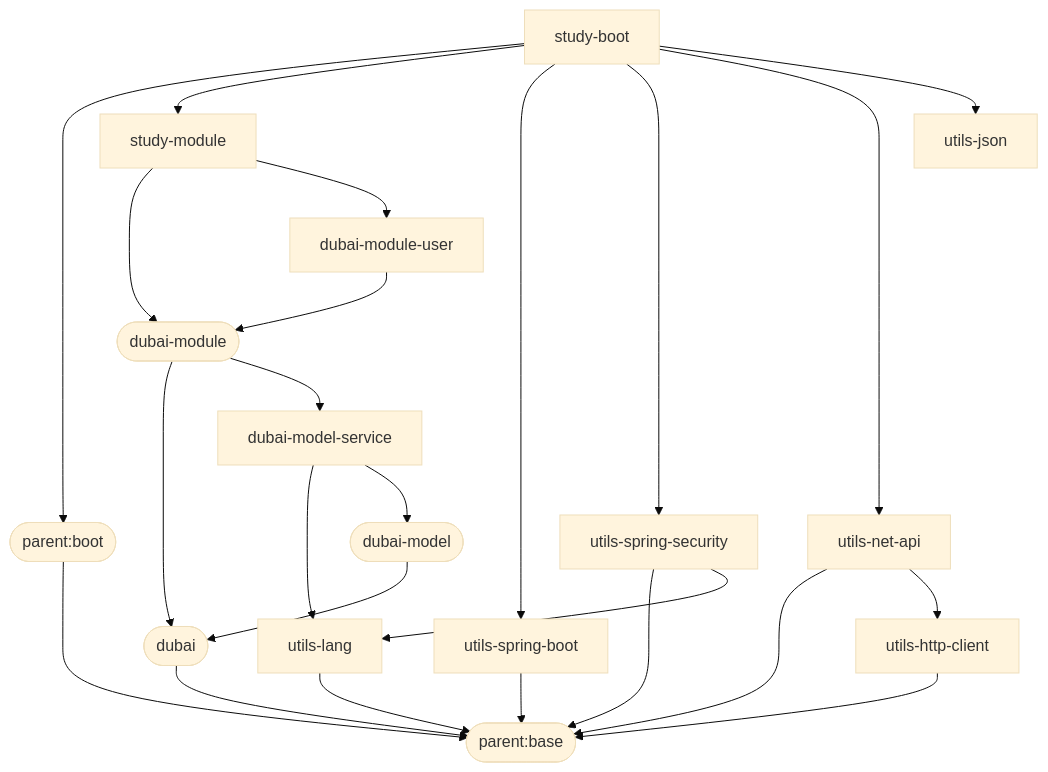
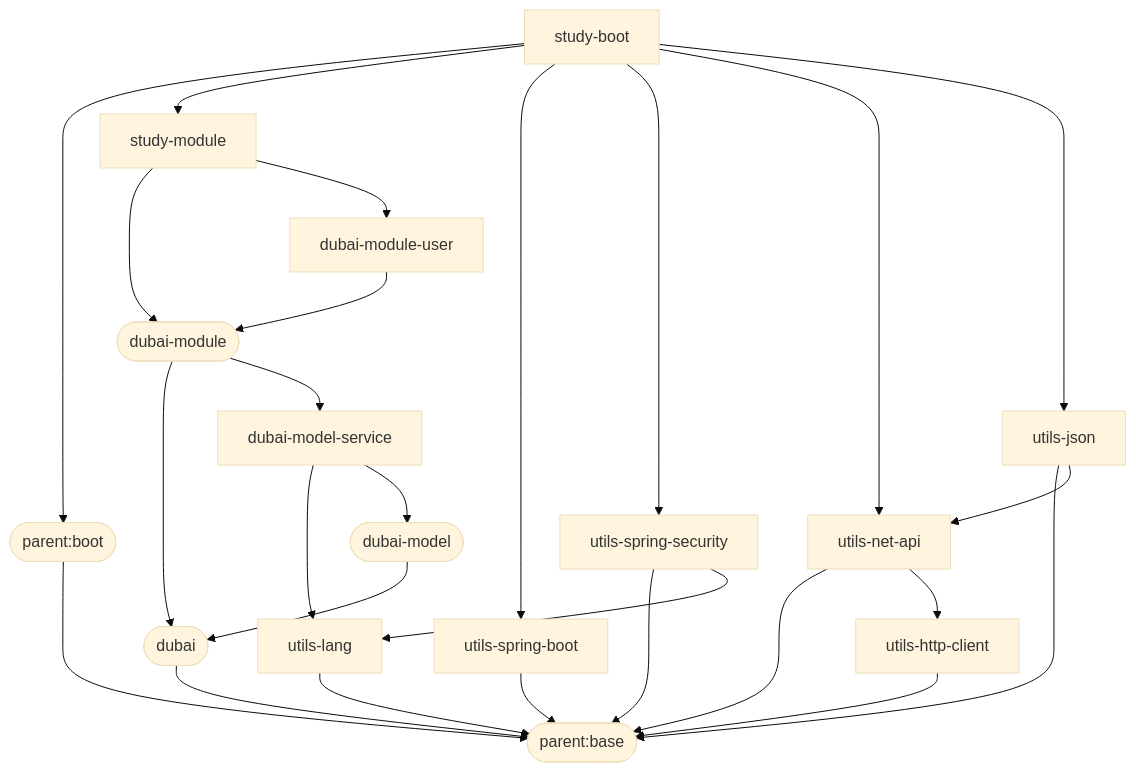
Before and after one commit to dbstarll/dbstarll.github.io: the diagram in README.md, drawn with Mermaid (base theme). The commit also changed other lines of this file, not shown here.

Commit message:
增加utils-json

````diff
--- a/README.md
+++ b/README.md
@@ -16,36 +17,39 @@
 ```mermaid
 graph TD;
     parent.base([parent:base]);
     parent.boot([parent:boot])--->parent.base;
 
     utils-lang-->parent.base;
 
     utils-spring-boot-->parent.base;
 
     utils-spring-security-->parent.base;
     utils-spring-security-->utils-lang;
 
     utils-http-client-->parent.base;
 
     utils-net-api-->parent.base;
     utils-net-api-->utils-http-client;
+
+    utils-json-->parent.base;
+    utils-json-->utils-net-api;
 
     dubai([dubai])-->parent.base;
     dubai-model([dubai-model])-->dubai;
     dubai-model-service-->utils-lang;
     dubai-model-service-->dubai-model;
     dubai-module([dubai-module])-->dubai;
     dubai-module-->dubai-model-service;
     
     dubai-module-user-->dubai-module;
 
     study-module-->dubai-module;
     study-module-->dubai-module-user;
 
     study-boot-->parent.boot;
     study-boot-->study-module;
     study-boot-->utils-spring-boot;
     study-boot-->utils-spring-security;
     study-boot-->utils-net-api;
     study-boot-->utils-json;
 ```
````
